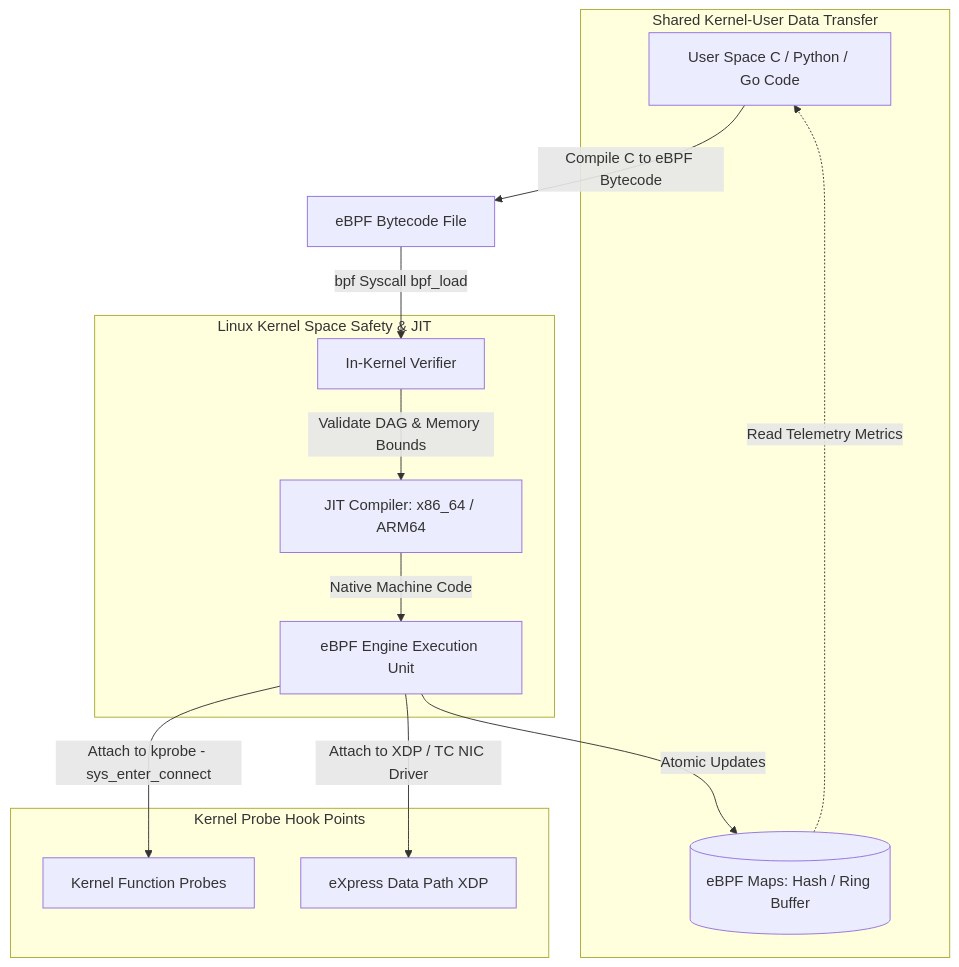
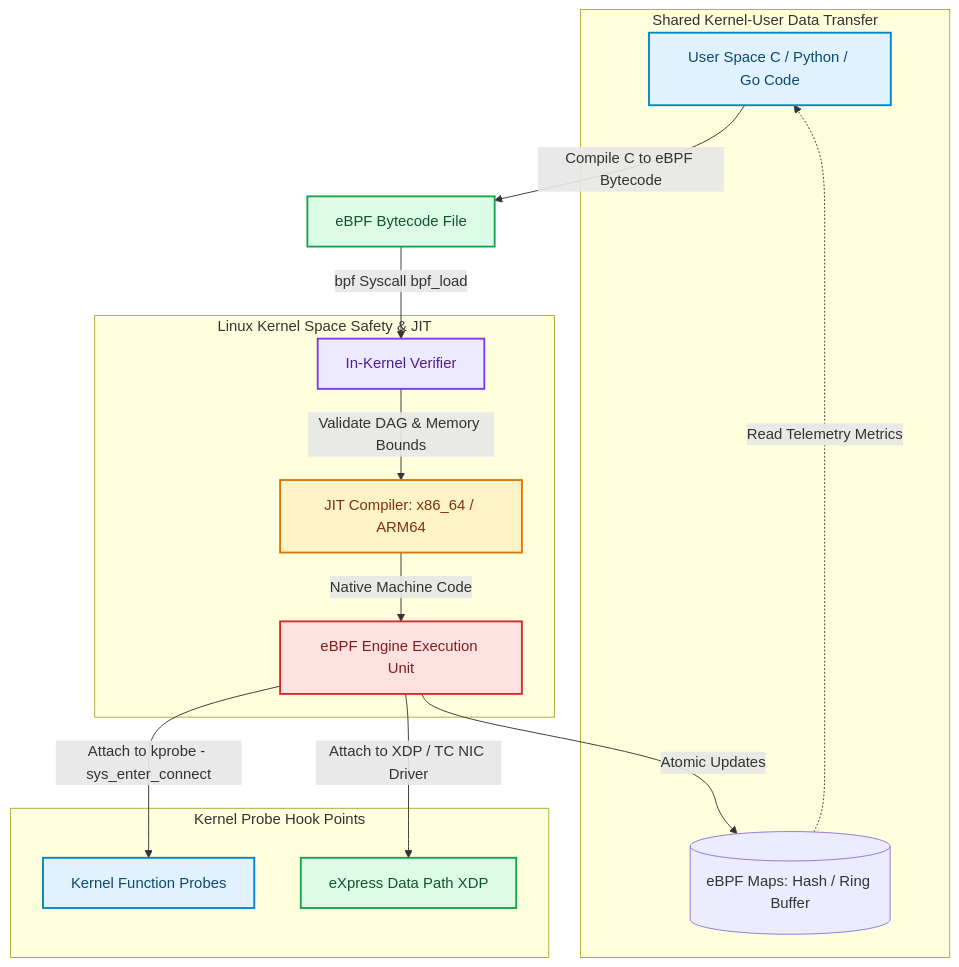
The diagram in blog/posts/ebpf-observability-kernel-level-packet-tracing-socket-filtering.md (akmalkhaniub/akmalkhaniub.github.io), drawn with Mermaid before and after one commit. The commit also changed other lines of this file and 1291 other files, not shown here.

First line of the commit message:
feat(catalog): unique covers, scholarly references, and diagram palettes

````diff
--- a/blog/posts/ebpf-observability-kernel-level-packet-tracing-socket-filtering.md
+++ b/blog/posts/ebpf-observability-kernel-level-packet-tracing-socket-filtering.md
@@ -19,20 +19,31 @@
 ```mermaid
 flowchart TD
-  UserApp[User Space C / Python / Go Code] -->|Compile C to eBPF Bytecode| Bytecode[eBPF Bytecode File]
-  Bytecode -->|bpf Syscall bpf_load| Verifier[In-Kernel Verifier]
+  UserApp["User Space C / Python / Go Code"] -->|Compile C to eBPF Bytecode| Bytecode["eBPF Bytecode File"]
+  Bytecode -->|bpf Syscall bpf_load| Verifier["In-Kernel Verifier"]
   
   subgraph SG1_LinuxKernelSpace ["Linux Kernel Space Safety & JIT"]
-    Verifier -->|Validate DAG & Memory Bounds| JIT[JIT Compiler: x86_64 / ARM64]
-    JIT -->|Native Machine Code| Engine[eBPF Engine Execution Unit]
+    Verifier -->|Validate DAG & Memory Bounds| JIT["JIT Compiler: x86_64 / ARM64"]
+    JIT -->|Native Machine Code| Engine["eBPF Engine Execution Unit"]
   end
   
   subgraph SG2_KernelProbeHook ["Kernel Probe Hook Points"]
-    Engine -->|Attach to kprobe - sys_enter_connect| Kprobe[Kernel Function Probes]
-    Engine -->|Attach to XDP / TC NIC Driver| XDP[eXpress Data Path XDP]
+    Engine -->|Attach to kprobe - sys_enter_connect| Kprobe["Kernel Function Probes"]
+    Engine -->|Attach to XDP / TC NIC Driver| XDP["eXpress Data Path XDP"]
   end
   
   subgraph SG3_SharedKernelUser ["Shared Kernel-User Data Transfer"]
     Engine -->|Atomic Updates| BPFMap[(eBPF Maps: Hash / Ring Buffer)]
     BPFMap -.->|Read Telemetry Metrics| UserApp
   end
+
+classDef green fill:#dcfce7,stroke:#16a34a,stroke-width:2px,color:#14532d;
+classDef red fill:#fee2e2,stroke:#dc2626,stroke-width:2px,color:#7f1d1d;
+classDef blue fill:#e0f2fe,stroke:#0284c7,stroke-width:2px,color:#0c4a6e;
+classDef yellow fill:#fef3c7,stroke:#d97706,stroke-width:2px,color:#78350f;
+classDef purple fill:#ede9fe,stroke:#7c3aed,stroke-width:2px,color:#4c1d95;
+class UserApp,Kprobe blue
+class Bytecode,XDP green
+class Verifier purple
+class JIT yellow
+class Engine red
 ```
````
